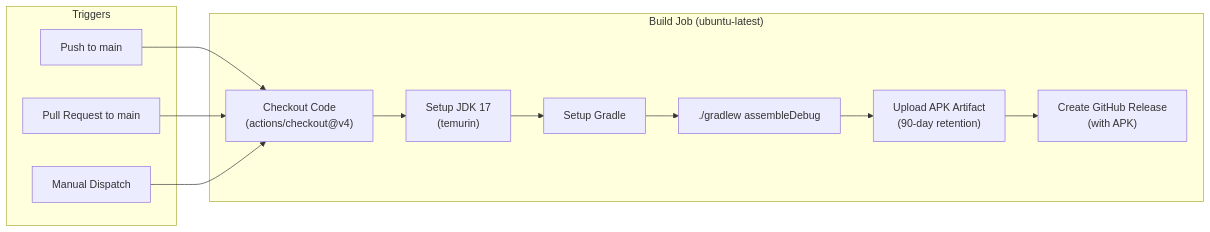
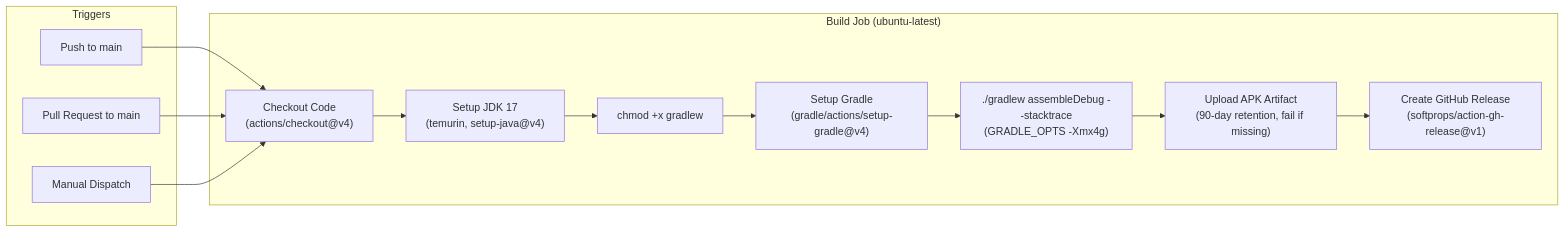
Before and after one commit to WOOWTECH/Woow_odoo_app: diagram 22 of 22 in docs/architecture-overview.md, drawn with Mermaid. The commit also changed other lines of this file, not shown here.

First line of the commit message:
docs(arch): merge v1.4.1 architecture rewrite with audited legacy sections

````diff
--- a/docs/architecture-overview.md
+++ b/docs/architecture-overview.md
@@ -1016,23 +1250,24 @@
 ```mermaid
 graph LR
     subgraph "Triggers"
         PUSH["Push to main"]
         PR["Pull Request to main"]
         MANUAL["Manual Dispatch"]
     end
 
     subgraph "Build Job (ubuntu-latest)"
         CHECKOUT["Checkout Code<br/>(actions/checkout@v4)"]
-        JDK["Setup JDK 17<br/>(temurin)"]
-        GRADLE["Setup Gradle"]
-        BUILD["./gradlew assembleDebug"]
-        UPLOAD["Upload APK Artifact<br/>(90-day retention)"]
-        RELEASE["Create GitHub Release<br/>(with APK)"]
+        JDK["Setup JDK 17<br/>(temurin, setup-java@v4)"]
+        CHMOD["chmod +x gradlew"]
+        GRADLE["Setup Gradle<br/>(gradle/actions/setup-gradle@v4)"]
+        BUILD["./gradlew assembleDebug --stacktrace<br/>(GRADLE_OPTS -Xmx4g)"]
+        UPLOAD["Upload APK Artifact<br/>(90-day retention, fail if missing)"]
+        RELEASE["Create GitHub Release<br/>(softprops/action-gh-release@v1)"]
     end
 
     PUSH --> CHECKOUT
     PR --> CHECKOUT
     MANUAL --> CHECKOUT
 
-    CHECKOUT --> JDK --> GRADLE --> BUILD --> UPLOAD --> RELEASE
+    CHECKOUT --> JDK --> CHMOD --> GRADLE --> BUILD --> UPLOAD --> RELEASE
 ```
````
